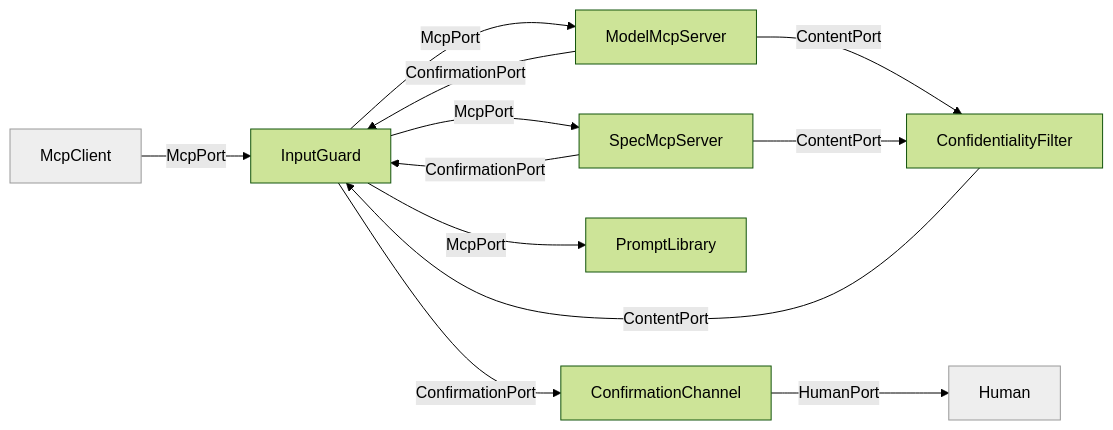
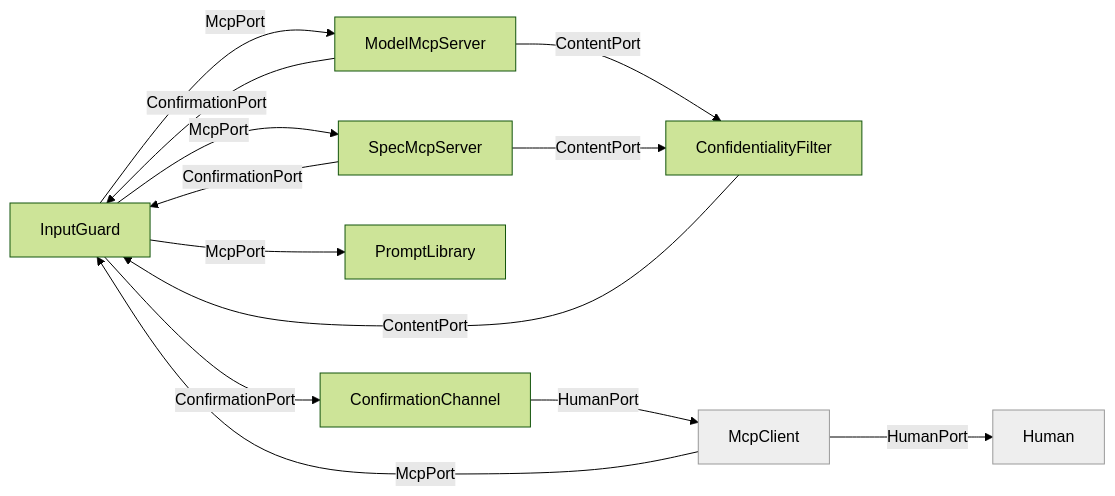
The diagram in docs/diagrams/01a_view_agent_path.mmd (DanielLockau-MLPA/specflow), drawn with Mermaid (forest theme) before and after one commit. The commit also changed 18 other files, not shown here.

First line of the commit message:
Record DL-024; fix lint; regenerate diagrams for the amended architecture

```diff
--- a/docs/diagrams/01a_view_agent_path.mmd
+++ b/docs/diagrams/01a_view_agent_path.mmd
@@ -1,22 +1,23 @@
 flowchart LR
   inputGuard["InputGuard"]
   modelMcp["ModelMcpServer"]
   specMcp["SpecMcpServer"]
   promptLibrary["PromptLibrary"]
   confidentialityFilter["ConfidentialityFilter"]
   confirmationChannel["ConfirmationChannel"]
   mcpClient["McpClient"]
   human["Human"]
   inputGuard -->|McpPort| modelMcp
   inputGuard -->|McpPort| specMcp
   inputGuard -->|McpPort| promptLibrary
   modelMcp -->|ContentPort| confidentialityFilter
   specMcp -->|ContentPort| confidentialityFilter
   confidentialityFilter -->|ContentPort| inputGuard
   modelMcp -->|ConfirmationPort| inputGuard
   specMcp -->|ConfirmationPort| inputGuard
   inputGuard -->|ConfirmationPort| confirmationChannel
   mcpClient -->|McpPort| inputGuard
-  confirmationChannel -->|HumanPort| human
+  confirmationChannel -->|HumanPort| mcpClient
+  mcpClient -->|HumanPort| human
   style mcpClient fill:#eee,stroke:#999
   style human fill:#eee,stroke:#999
```
